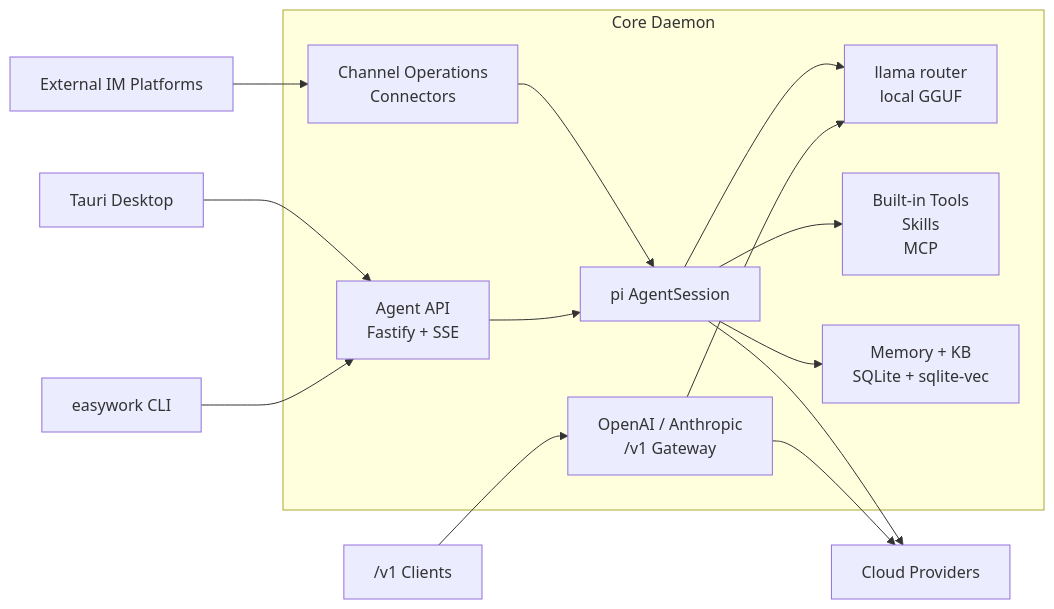
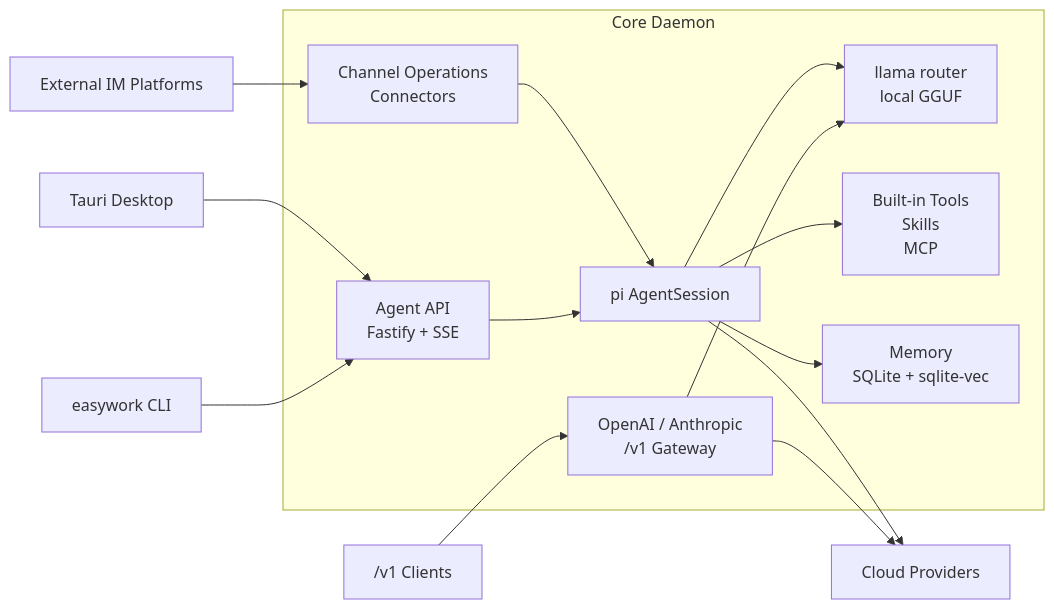
Before and after one commit to LunarCache/easywork: the diagram in README.md, drawn with Mermaid. The commit also changed other lines of this file and 43 other files, not shown here.

````diff
--- a/README.md
+++ b/README.md
@@ -42,31 +42,31 @@
 ```mermaid
 flowchart LR
   Desktop["Tauri Desktop"]
   CLI["easywork CLI"]
   IM["External IM Platforms"]
   V1["/v1 Clients"]
 
   subgraph Core["Core Daemon"]
     AgentAPI["Agent API<br/>Fastify + SSE"]
     Channel["Channel Operations<br/>Connectors"]
     Gateway["OpenAI / Anthropic<br/>/v1 Gateway"]
     Agent["pi AgentSession"]
     Router["llama router<br/>local GGUF"]
     Tools["Built-in Tools<br/>Skills<br/>MCP"]
-    Memory["Memory + KB<br/>SQLite + sqlite-vec"]
+    Memory["Memory<br/>SQLite + sqlite-vec"]
   end
 
   Cloud["Cloud Providers"]
 
   Desktop --> AgentAPI
   CLI --> AgentAPI
   IM --> Channel --> Agent
   V1 --> Gateway
   AgentAPI --> Agent
   Agent --> Router
   Agent --> Cloud
   Agent --> Tools
   Agent --> Memory
   Gateway --> Router
   Gateway --> Cloud
 ```
````
